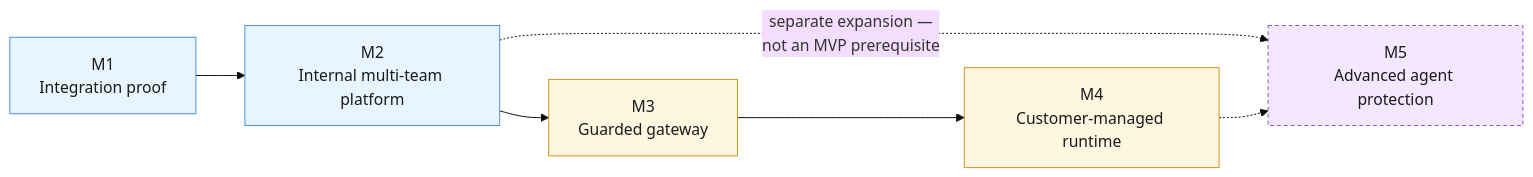
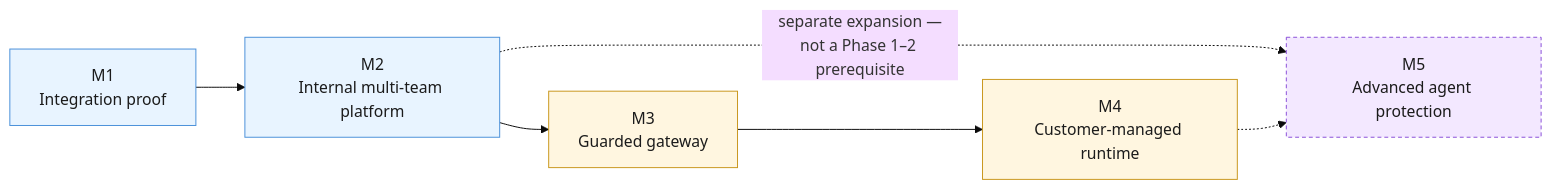
One commit to veglezMX/guardrails changed the diagram in solution-docs/60-delivery/MILESTONES.md. Above: the diagram before and after it, drawn with Mermaid (base theme). The commit also changed other lines of this file and 70 other files, not shown here.

````diff
--- a/solution-docs/60-delivery/MILESTONES.md
+++ b/solution-docs/60-delivery/MILESTONES.md
@@ -62,15 +62,15 @@
 ```mermaid
 flowchart LR
     M1["M1\nIntegration proof"] --> M2["M2\nInternal multi-team platform"]
     M2 --> M3["M3\nGuarded gateway"]
     M3 --> M4["M4\nCustomer-managed runtime"]
-    M2 -.->|"separate expansion —\nnot an MVP prerequisite"| M5["M5\nAdvanced agent protection"]
+    M2 -.->|"separate expansion —\nnot a Phase 1–2 prerequisite"| M5["M5\nAdvanced agent protection"]
     M4 -.-> M5
 
     classDef mvp fill:#e8f4ff,stroke:#4a90d9,color:#1b1b1b;
     classDef beyond fill:#fff6e0,stroke:#c9971d,color:#1b1b1b;
     classDef expansion fill:#f3e8ff,stroke:#8a4fd9,color:#1b1b1b,stroke-dasharray: 4 3;
     class M1,M2 mvp;
     class M3,M4 beyond;
     class M5 expansion;
 ```
````
